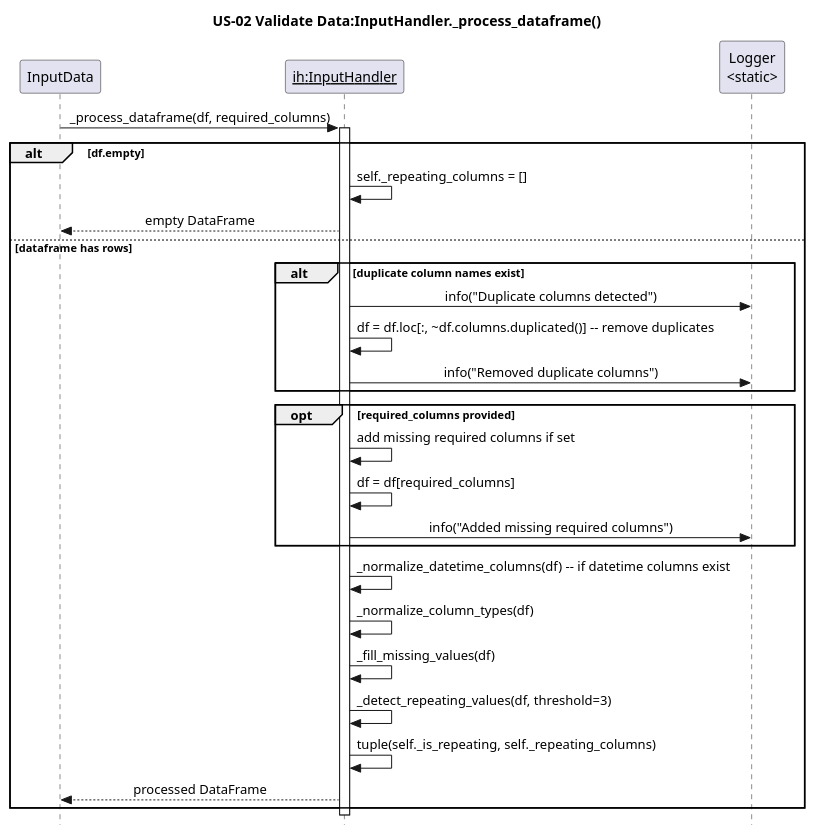
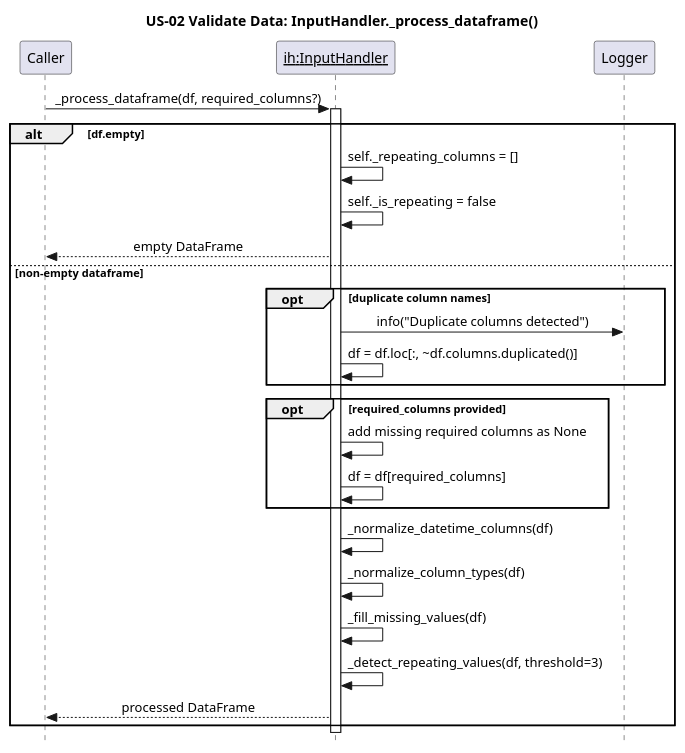
The diagram in docs/puml/US/us-02.puml (egrembocki/htmrl), drawn with PlantUML before and after one commit. The commit also changed 10 other files, not shown here.

Commit message:
Update US sequence diagrams to match current runtime code paths

```diff
--- a/docs/puml/US/us-02.puml
+++ b/docs/puml/US/us-02.puml
@@ -1,39 +1,38 @@
 @startuml
 skinparam style strictuml
 skinparam sequenceMessageAlign center
 skinparam responseMessageBelowArrow true
-title US-02 Validate Data:InputHandler._process_dataframe()
 
-participant InputData
+title US-02 Validate Data: InputHandler._process_dataframe()
+
+participant Caller
 participant "<u>ih:InputHandler</u>" as IH
-participant "Logger\n<static>" as LOG
+participant "Logger" as LOG
 
-InputData -> IH: _process_dataframe(df, required_columns)
+Caller -> IH: _process_dataframe(df, required_columns?)
 activate IH
 
 alt df.empty
   IH -> IH: self._repeating_columns = []
-  IH --> InputData: empty DataFrame
-else dataframe has rows
-  alt duplicate column names exist
+  IH -> IH: self._is_repeating = false
+  IH --> Caller: empty DataFrame
+else non-empty dataframe
+  opt duplicate column names
     IH -> LOG: info("Duplicate columns detected")
-    IH -> IH: df = df.loc[:, ~df.columns.duplicated()] -- remove duplicates
-    IH -> LOG: info("Removed duplicate columns")
+    IH -> IH: df = df.loc[:, ~df.columns.duplicated()]
   end
 
   opt required_columns provided
-    IH -> IH: add missing required columns if set
+    IH -> IH: add missing required columns as None
     IH -> IH: df = df[required_columns]
-    IH -> LOG: info("Added missing required columns")
   end
 
-  IH -> IH: _normalize_datetime_columns(df) -- if datetime columns exist
+  IH -> IH: _normalize_datetime_columns(df)
   IH -> IH: _normalize_column_types(df)
   IH -> IH: _fill_missing_values(df)
   IH -> IH: _detect_repeating_values(df, threshold=3)
-  IH -> IH: tuple(self._is_repeating, self._repeating_columns)
-  IH --> InputData: processed DataFrame
+  IH --> Caller: processed DataFrame
 end
 
 deactivate IH
 @enduml
```
